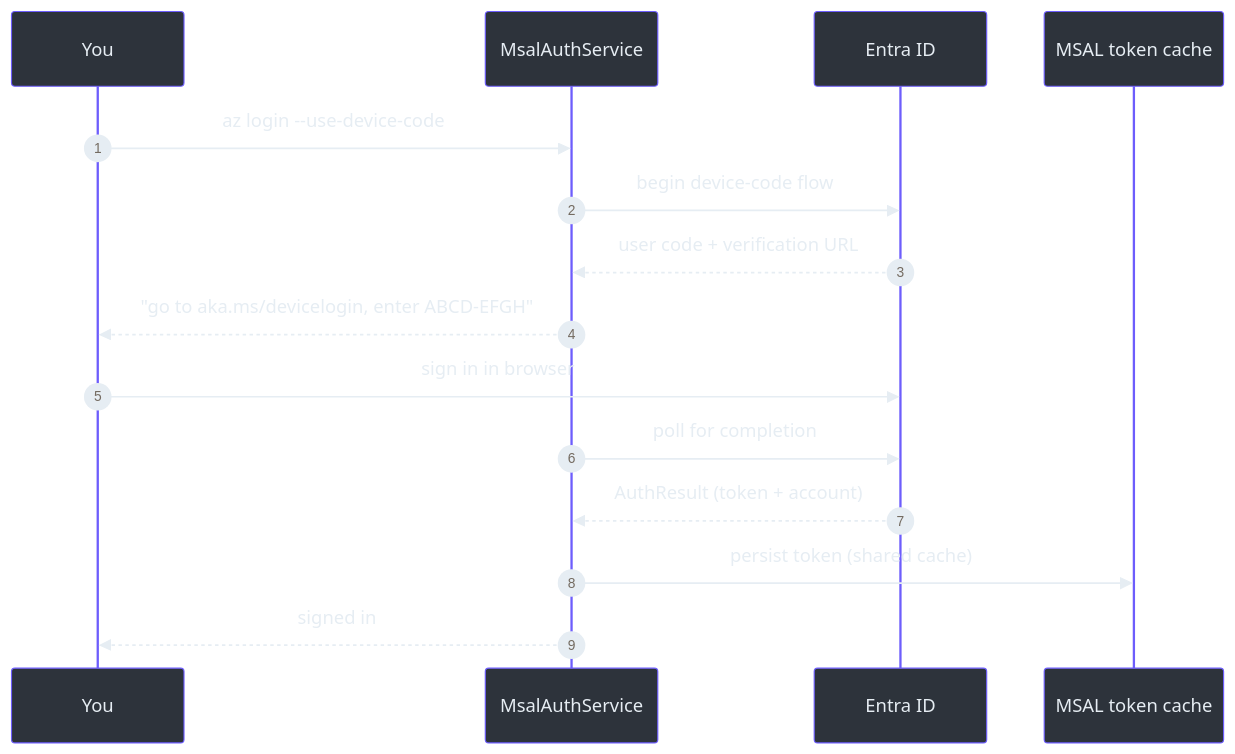
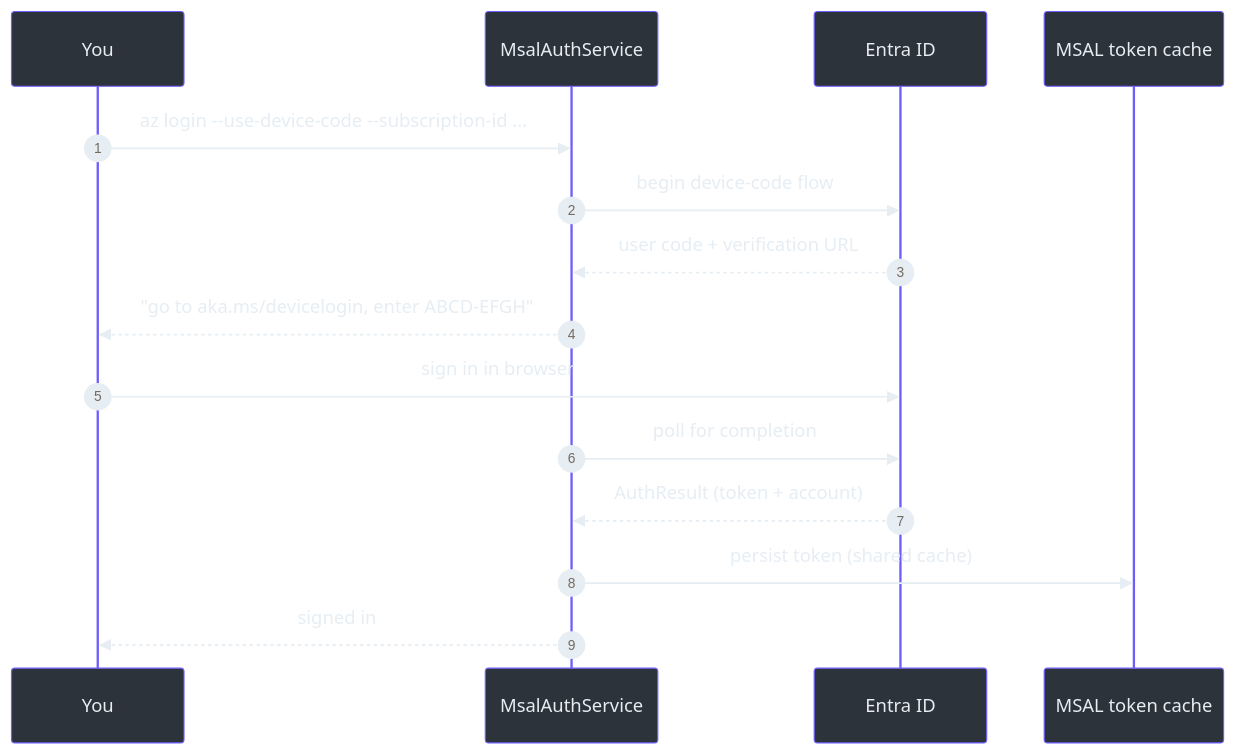
The third of 5 diagrams in wiki/zero-to-hero-guide.md (Azure/azclips), drawn with Mermaid before and after one commit. The commit also changed other lines of this file and 19 other files, not shown here.

````diff
--- a/wiki/zero-to-hero-guide.md
+++ b/wiki/zero-to-hero-guide.md
@@ -529,18 +538,18 @@
 ```mermaid
 %%{init: {'theme':'base','themeVariables':{'primaryColor':'#2d333b','primaryBorderColor':'#6d5dfc','primaryTextColor':'#e6edf3','lineColor':'#8b949e','clusterBkg':'#161b22','clusterBorder':'#30363d','fontFamily':'monospace'}}}%%
 sequenceDiagram
     autonumber
     participant U as You
     participant M as MsalAuthService
     participant AAD as Entra ID
     participant C as MSAL token cache
-    U->>M: az login --use-device-code
+    U->>M: az login --use-device-code --subscription-id ...
     M->>AAD: begin device-code flow
     AAD-->>M: user code + verification URL
     M-->>U: "go to aka.ms/devicelogin, enter ABCD-EFGH"
     U->>AAD: sign in in browser
     M->>AAD: poll for completion
     AAD-->>M: AuthResult (token + account)
     M->>C: persist token (shared cache)
     M-->>U: signed in
 ```
````
